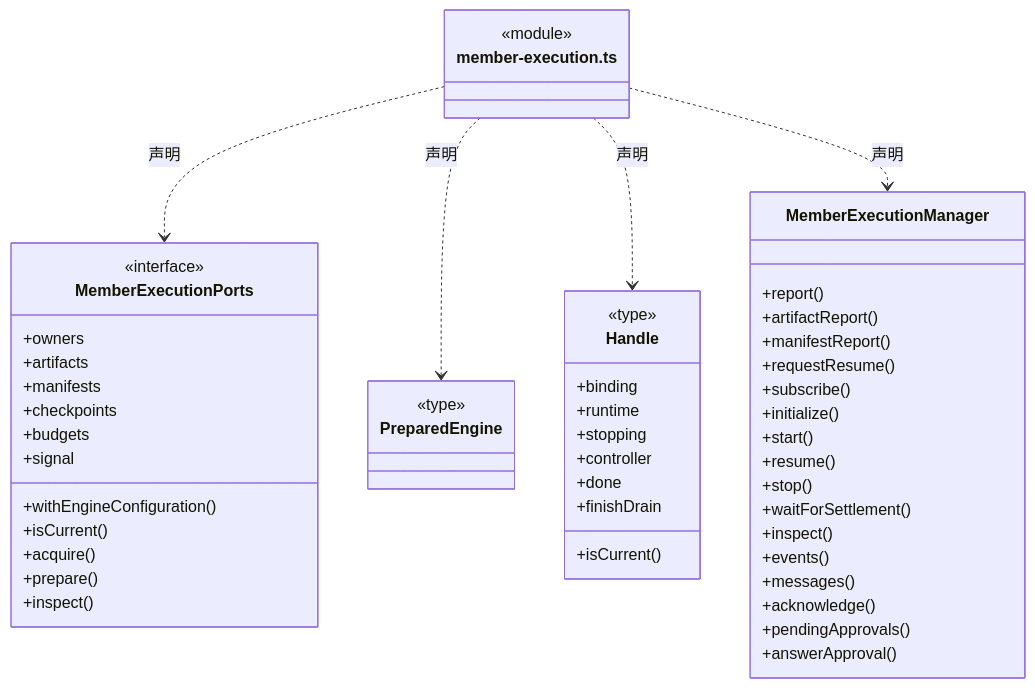
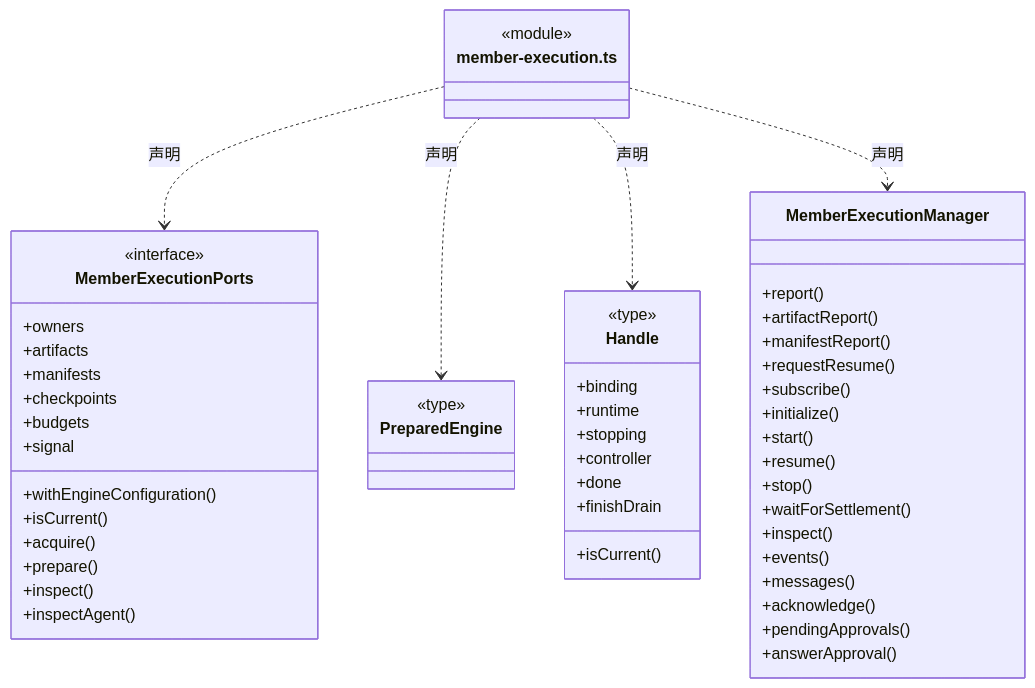
The fifth of 16 diagrams in src/logic/team/runtime/ARCHITECTURE.md (nan023062/cbim), drawn with Mermaid before and after one commit. The commit also changed other lines of this file and 22 other files, not shown here.

````diff
--- a/src/logic/team/runtime/ARCHITECTURE.md
+++ b/src/logic/team/runtime/ARCHITECTURE.md
@@ -96,56 +96,57 @@
 ```mermaid
 classDiagram
 class N_src_logic_team_runtime_member_execution_ts["member-execution.ts"] {
   <<module>>
 }
 class N_src_logic_team_runtime_member_execution_ts_MemberExecutionPorts["MemberExecutionPorts"] {
   <<interface>>
   +owners
   +withEngineConfiguration()
   +artifacts
   +manifests
   +checkpoints
   +budgets
   +isCurrent()
   +signal
   +acquire()
   +prepare()
   +inspect()
+  +inspectAgent()
 }
 N_src_logic_team_runtime_member_execution_ts ..> N_src_logic_team_runtime_member_execution_ts_MemberExecutionPorts : 声明
 class N_src_logic_team_runtime_member_execution_ts_PreparedEngine["PreparedEngine"] {
   <<type>>
 
 }
 N_src_logic_team_runtime_member_execution_ts ..> N_src_logic_team_runtime_member_execution_ts_PreparedEngine : 声明
 class N_src_logic_team_runtime_member_execution_ts_Handle["Handle"] {
   <<type>>
   +binding
   +runtime
   +stopping
   +isCurrent()
   +controller
   +done
   +finishDrain
 }
 N_src_logic_team_runtime_member_execution_ts ..> N_src_logic_team_runtime_member_execution_ts_Handle : 声明
 class N_src_logic_team_runtime_member_execution_ts_MemberExecutionManager["MemberExecutionManager"] {
   +report()
   +artifactReport()
   +manifestReport()
   +requestResume()
   +subscribe()
   +initialize()
   +start()
   +resume()
   +stop()
   +waitForSettlement()
   +inspect()
   +events()
   +messages()
   +acknowledge()
   +pendingApprovals()
   +answerApproval()
 }
 N_src_logic_team_runtime_member_execution_ts ..> N_src_logic_team_runtime_member_execution_ts_MemberExecutionManager : 声明
 ```
````
